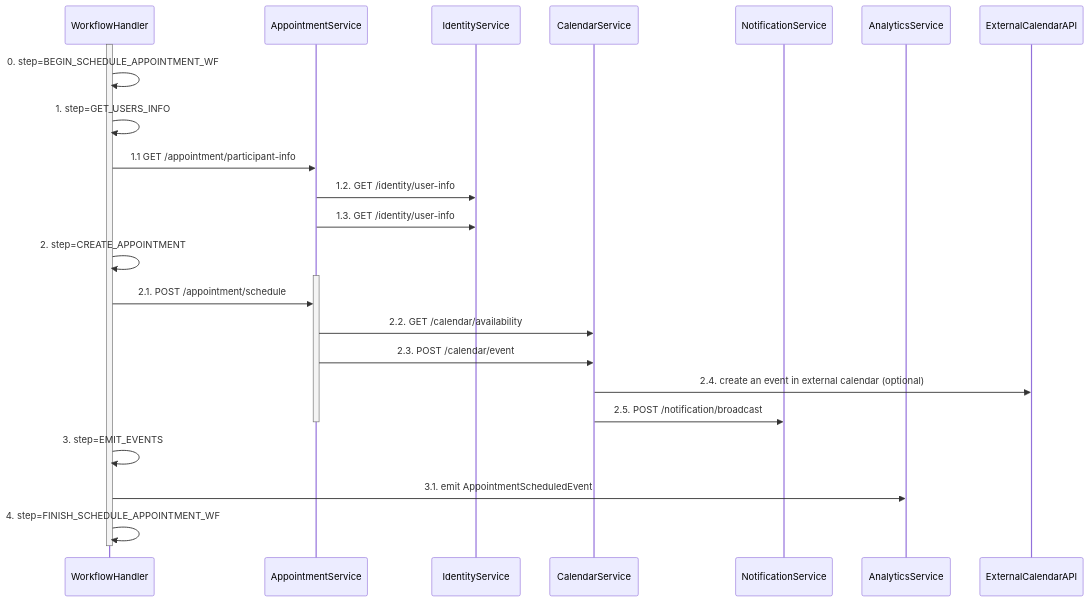
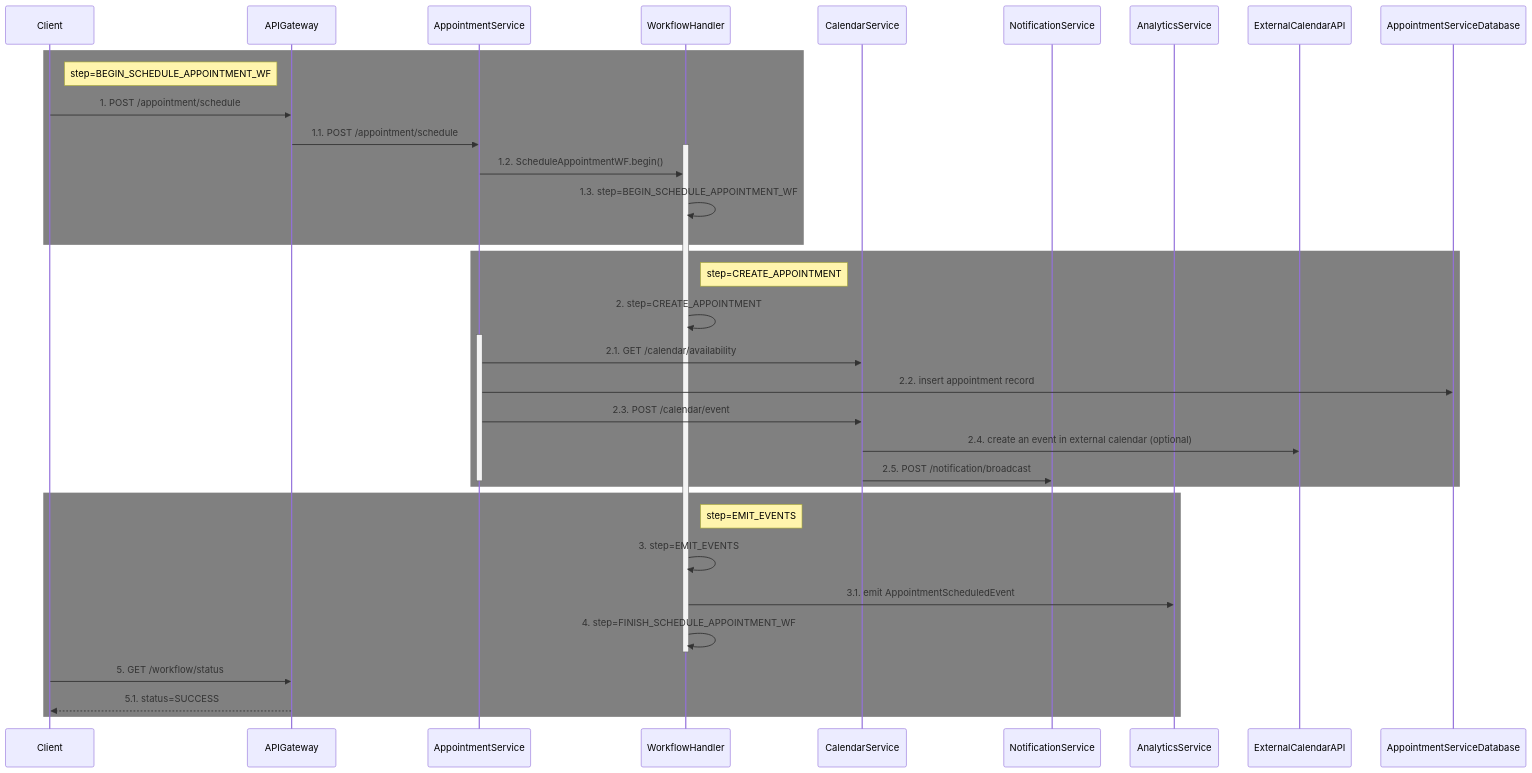
Before and after one commit to abdulawr/Healthcare-Appointment-Scheduling-System: the first of 2 diagrams in docs/architecture/use-cases/appointment.md, drawn with Mermaid. The commit also changed other lines of this file, not shown here.

Commit message:
docs(appointment): rewrite scheduling flow diagrams & steps
* Replace `WorkflowHandler`-first sequence with explicit `Client → APIGateway → AppointmentService` entry
* Remove `IdentityService` & the **GET_USERS_INFO** phase; start with **BEGIN_SCHEDULE_APPOINTMENT_WF**
* Add `AppointmentServiceDatabase` and explicit DB insert during **CREATE_APPOINTMENT**
* Reorder/create calls:

  * `GET /calendar/availability` (2.1) before DB insert
  * Create internal calendar event, optional external calendar creation
  * Broadcast notifications
  * Emit analytics event, finish workflow
* Add workflow status polling: `Client → APIGateway → status=SUCCESS/FAILED`
* Update failure path diagram to reflect availability check failure and returned status/reason
* Clarify step descriptions; add mermaid `rect gray` blocks and notes for each workflow phase
* Remove participant-info endpoints; document concrete availability API call parameters

````diff
--- a/docs/architecture/use-cases/appointment.md
+++ b/docs/architecture/use-cases/appointment.md
@@ -15,37 +15,47 @@
 ```mermaid
 sequenceDiagram
+    participant Client
+    participant APIGateway
+    participant AppointmentService
     participant WorkflowHandler
-    participant AppointmentService
-    participant IdentityService
     participant CalendarService
     participant NotificationService
     participant AnalyticsService
     participant ExternalCalendarAPI
+    participant AppointmentServiceDatabase
 
+    rect gray
+    note right of Client: step=BEGIN_SCHEDULE_APPOINTMENT_WF
+    Client->>APIGateway: 1. POST /appointment/schedule
+    APIGateway->>AppointmentService: 1.1. POST /appointment/schedule
     activate WorkflowHandler
+    AppointmentService->>WorkflowHandler: 1.2. ScheduleAppointmentWF.begin()
+    WorkflowHandler->>WorkflowHandler: 1.3. step=BEGIN_SCHEDULE_APPOINTMENT_WF
+    end
 
-    WorkflowHandler->>WorkflowHandler: 0. step=BEGIN_SCHEDULE_APPOINTMENT_WF
-
-    WorkflowHandler->>WorkflowHandler: 1. step=GET_USERS_INFO
-    WorkflowHandler->>AppointmentService: 1.1 GET /appointment/participant-info
-    AppointmentService->>IdentityService: 1.2. GET /identity/user-info
-    AppointmentService->>IdentityService: 1.3. GET /identity/user-info
-
+    rect gray
+    note right of WorkflowHandler: step=CREATE_APPOINTMENT
     WorkflowHandler->>WorkflowHandler: 2. step=CREATE_APPOINTMENT
 
     activate AppointmentService
-    WorkflowHandler->>AppointmentService: 2.1. POST /appointment/schedule
-    AppointmentService->>CalendarService: 2.2. GET /calendar/availability
+    AppointmentService->>CalendarService: 2.1. GET /calendar/availability
+    AppointmentService->>AppointmentServiceDatabase: 2.2. insert appointment record
     AppointmentService->>CalendarService: 2.3. POST /calendar/event
     CalendarService->>ExternalCalendarAPI: 2.4. create an event in external calendar (optional)
     CalendarService->>NotificationService: 2.5. POST /notification/broadcast
     deactivate AppointmentService
+    end
 
+   rect gray
+   note right of WorkflowHandler: step=EMIT_EVENTS
     WorkflowHandler->>WorkflowHandler: 3. step=EMIT_EVENTS
     WorkflowHandler->>AnalyticsService: 3.1. emit AppointmentScheduledEvent
 
     WorkflowHandler->>WorkflowHandler: 4. step=FINISH_SCHEDULE_APPOINTMENT_WF
-    
     deactivate WorkflowHandler
     
+    Client->>APIGateway: 5. GET /workflow/status
+    APIGateway-->>Client: 5.1. status=SUCCESS
+    end
+    
 ```
````
